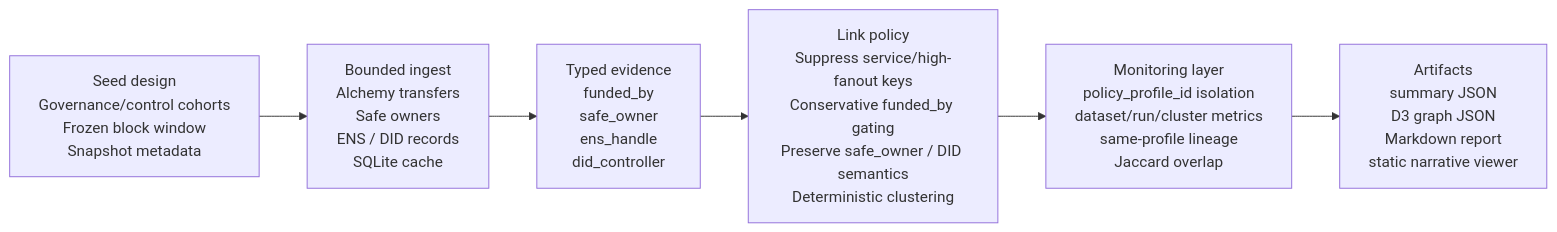
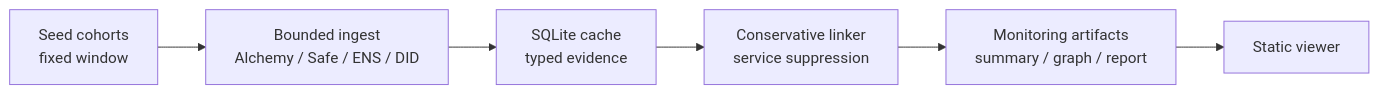
The diagram in README.md (egpivo/unmasking-did), drawn with Mermaid before and after one commit. The commit also changed other lines of this file and 11 other files, not shown here.

````diff
--- a/README.md
+++ b/README.md
@@ -13,11 +13,11 @@
 ```mermaid
 flowchart LR
-  A["Seed design<br/>Governance/control cohorts<br/>Frozen block window<br/>Snapshot metadata"]
-  B["Bounded ingest<br/>Alchemy transfers<br/>Safe owners<br/>ENS / DID records<br/>SQLite cache"]
-  C["Typed evidence<br/>funded_by<br/>safe_owner<br/>ens_handle<br/>did_controller"]
-  D["Link policy<br/>Suppress service/high-fanout keys<br/>Conservative funded_by gating<br/>Preserve safe_owner / DID semantics<br/>Deterministic clustering"]
-  E["Monitoring layer<br/>policy_profile_id isolation<br/>dataset/run/cluster metrics<br/>same-profile lineage<br/>Jaccard overlap"]
-  F["Artifacts<br/>summary JSON<br/>D3 graph JSON<br/>Markdown report<br/>static narrative viewer"]
+  A["Seed cohorts<br/>fixed window"]
+  B["Bounded ingest<br/>Alchemy / Safe / ENS / DID"]
+  C["SQLite cache<br/>typed evidence"]
+  D["Conservative linker<br/>service suppression"]
+  E["Monitoring artifacts<br/>summary / graph / report"]
+  F["Static viewer"]
 
   A --> B --> C --> D --> E --> F
 ```
````
